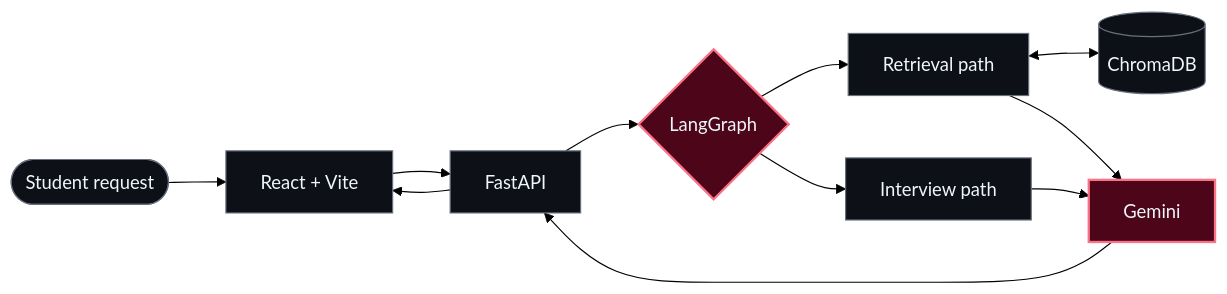
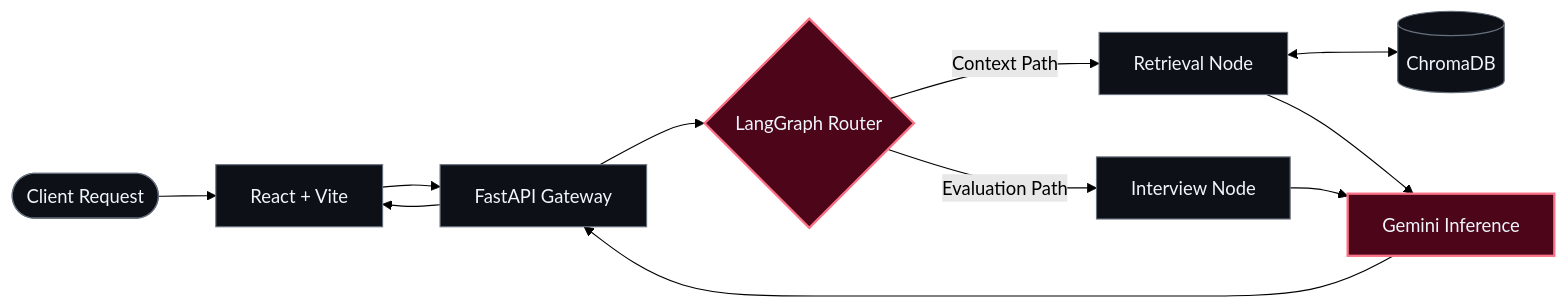
The first of 2 diagrams in README.md (harsh24239/harsh24239), drawn with Mermaid (forest theme) before and after one commit. The commit also changed other lines of this file, not shown here.

````diff
--- a/README.md
+++ b/README.md
@@ -113,17 +116,17 @@
 ```mermaid
 flowchart LR
-    USER(["Student request"]) --> WEB["React + Vite"]
-    WEB --> API["FastAPI"]
-    API --> SUP{"LangGraph"}
-    SUP --> RAG["Retrieval path"]
-    SUP --> INT["Interview path"]
+    USER(["Client Request"]) --> WEB["React + Vite"]
+    WEB --> API["FastAPI Gateway"]
+    API --> SUP{"LangGraph Router"}
+    SUP -->|Context Path| RAG["Retrieval Node"]
+    SUP -->|Evaluation Path| INT["Interview Node"]
     RAG <--> DB[("ChromaDB")]
-    RAG --> GEN["Gemini"]
+    RAG --> GEN["Gemini Inference"]
     INT --> GEN
     GEN --> API
     API --> WEB
     classDef ruby fill:#4C0519,stroke:#FB7185,color:#F0F6FC,stroke-width:2px;
     classDef graphite fill:#0D1117,stroke:#67707D,color:#F0F6FC;
     class SUP,GEN ruby;
     class USER,WEB,API,RAG,INT,DB graphite;
 ```
````
